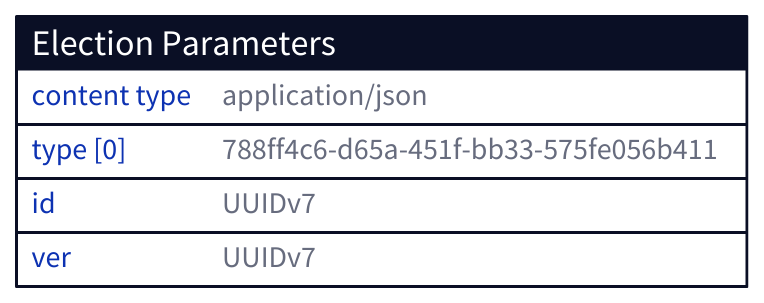
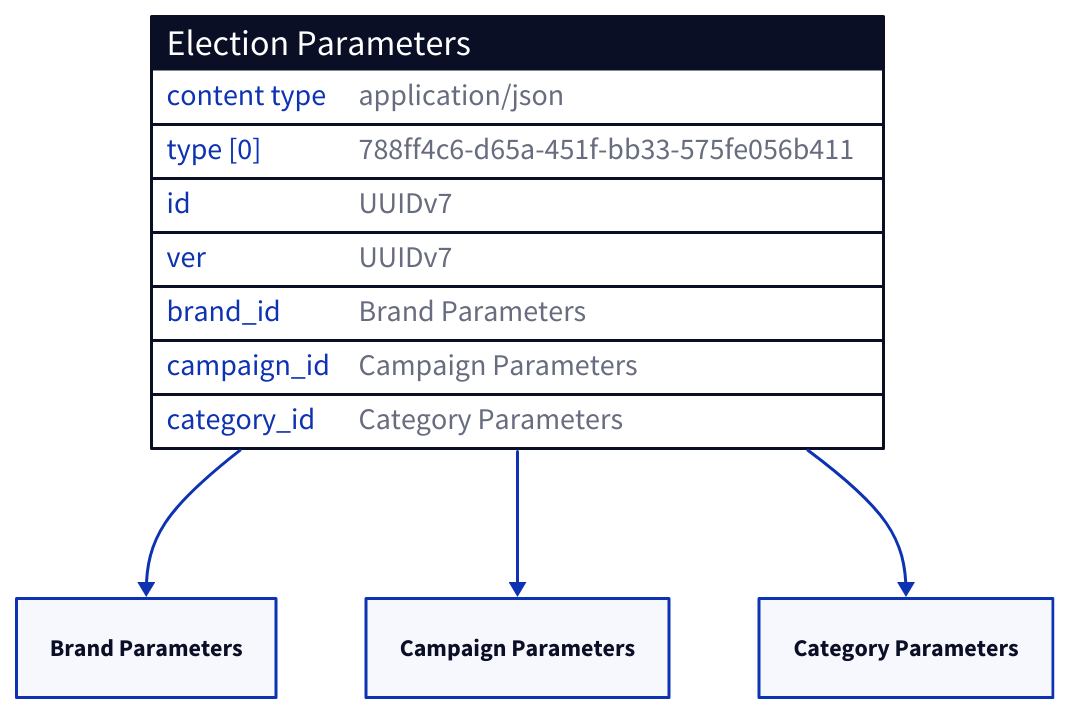
Before and after one commit to input-output-hk/catalyst-libs: the diagram in docs/src/architecture/08_concepts/signed_doc/docs/election_parameters.md, drawn with D2. The commit also changed other lines of this file and 31 other files, not shown here.

````diff
--- a/docs/src/architecture/08_concepts/signed_doc/docs/election_parameters.md
+++ b/docs/src/architecture/08_concepts/signed_doc/docs/election_parameters.md
@@ -7,10 +7,17 @@
 ```d2 layout="elk"
 "Election Parameters": {
   shape: sql_table
   "content type": application/json
   "type [0]": 788ff4c6-d65a-451f-bb33-575fe056b411
   "id": UUIDv7
   "ver": UUIDv7
+  "brand_id": Brand Parameters
+  "campaign_id": Campaign Parameters
+  "category_id": Category Parameters
 
 }
+
+"Election Parameters"."brand_id"->"Brand Parameters"
+"Election Parameters"."campaign_id"->"Campaign Parameters"
+"Election Parameters"."category_id"->"Category Parameters"
 ```
````
